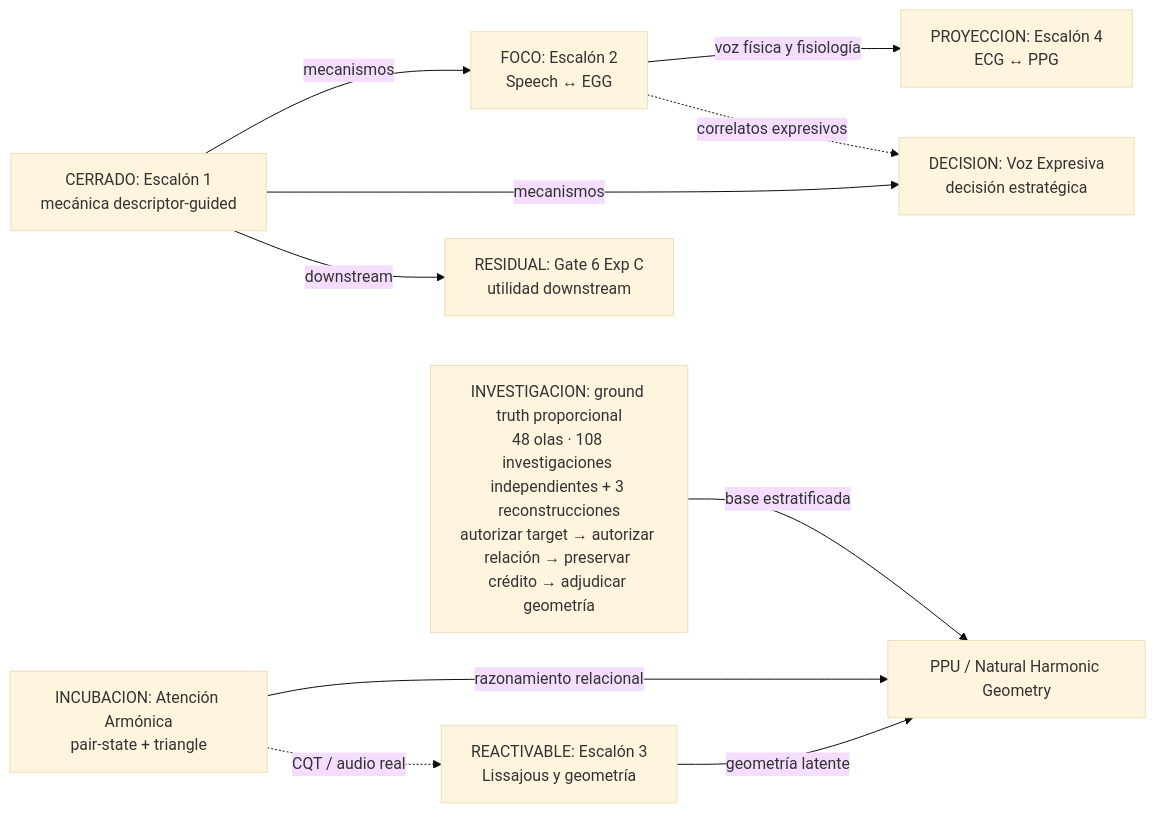
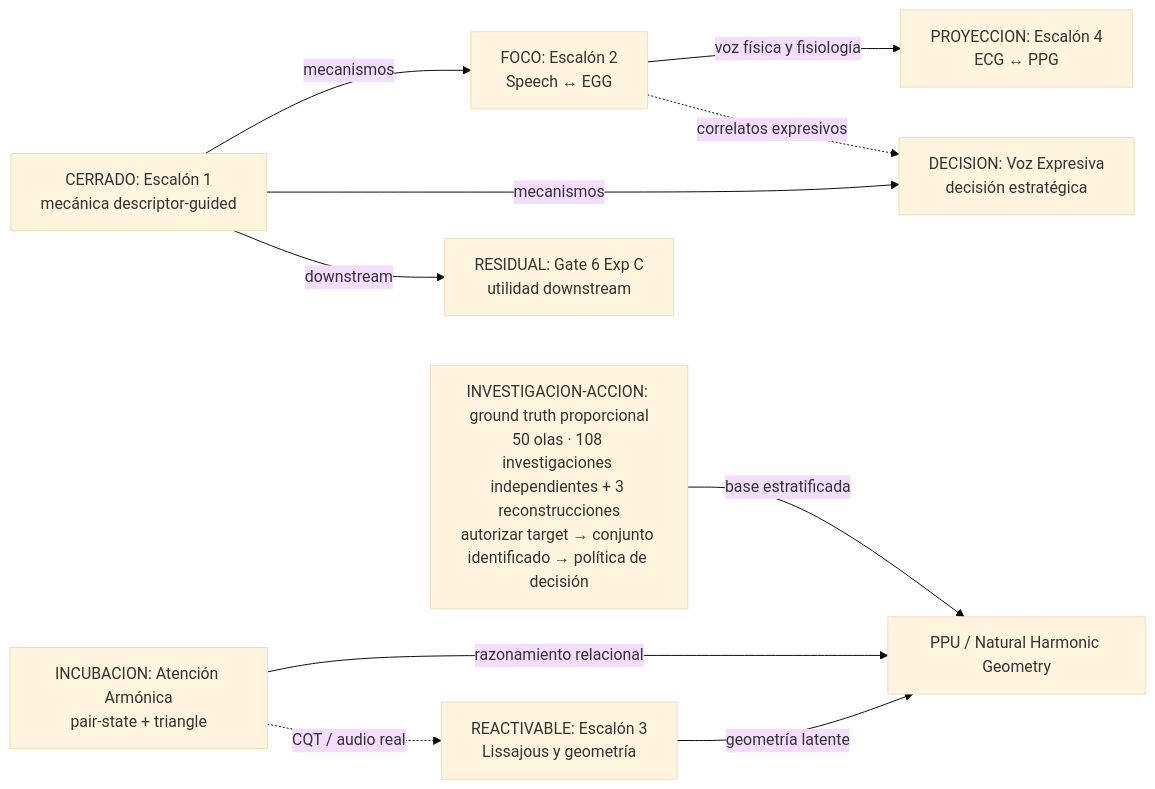
The first of 2 diagrams in Documents/05_WIKI/MAPA_VISUAL_DEL_PROGRAMA.md (Mar-IA-no/Phideus), drawn with Mermaid (base theme) before and after one commit. The commit also changed other lines of this file and 14 other files, not shown here.

````diff
--- a/Documents/05_WIKI/MAPA_VISUAL_DEL_PROGRAMA.md
+++ b/Documents/05_WIKI/MAPA_VISUAL_DEL_PROGRAMA.md
@@ -36,22 +36,22 @@
 ```mermaid
 flowchart LR
     E1["CERRADO: Escalón 1<br/>mecánica descriptor-guided"]
     G6["RESIDUAL: Gate 6 Exp C<br/>utilidad downstream"]
     E2["FOCO: Escalón 2<br/>Speech ↔ EGG"]
     VE["DECISION: Voz Expresiva<br/>decisión estratégica"]
     E3["REACTIVABLE: Escalón 3<br/>Lissajous y geometría"]
     AA["INCUBACION: Atención Armónica<br/>pair-state + triangle"]
     E4["PROYECCION: Escalón 4<br/>ECG ↔ PPG"]
     PPU["PPU / Natural Harmonic Geometry"]
-    GT["INVESTIGACION: ground truth proporcional<br/>48 olas · 108 investigaciones independientes + 3 reconstrucciones<br/>autorizar target → autorizar relación → preservar crédito → adjudicar geometría"]
+    GT["INVESTIGACION-ACCION: ground truth proporcional<br/>50 olas · 108 investigaciones independientes + 3 reconstrucciones<br/>autorizar target → conjunto identificado → política de decisión"]
 
     E1 -->|mecanismos| E2
     E1 -->|mecanismos| VE
     E1 -->|downstream| G6
     E2 -->|voz física y fisiología| E4
     E2 -.->|correlatos expresivos| VE
     E3 -->|geometría latente| PPU
     AA -->|razonamiento relacional| PPU
     GT -->|base estratificada| PPU
     AA -.->|CQT / audio real| E3
 ```
````
